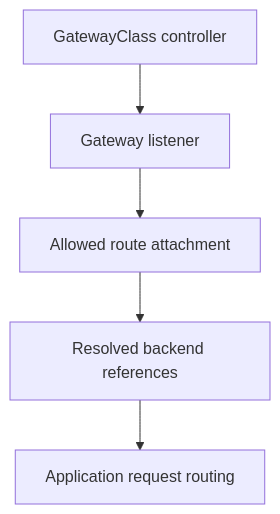
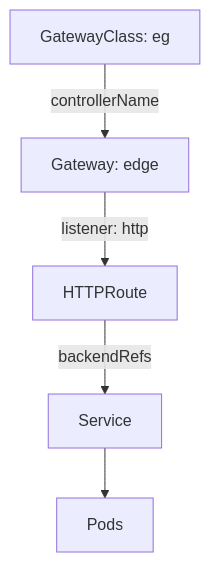
The diagram in sections/section-040/module-01/course-01-gateway-api-roles-listeners-and-attached-routes.md (astrona-io/ATS026), drawn with Mermaid before and after one commit. The commit also changed other lines of this file and 379 other files, not shown here.

````diff
--- a/sections/section-040/module-01/course-01-gateway-api-roles-listeners-and-attached-routes.md
+++ b/sections/section-040/module-01/course-01-gateway-api-roles-listeners-and-attached-routes.md
@@ -74,12 +73,7 @@
 ```mermaid
 flowchart TB
-    N0["GatewayClass controller"]
-    N1["Gateway listener"]
-    N2["Allowed route attachment"]
-    N3["Resolved backend references"]
-    N4["Application request routing"]
-    N0 --> N1
-    N1 --> N2
-    N2 --> N3
-    N3 --> N4
+    C["GatewayClass: eg"] -->|"controllerName"| G["Gateway: edge"]
+    G -->|"listener: http"| R["HTTPRoute"]
+    R -->|"backendRefs"| S["Service"]
+    S --> P["Pods"]
 ```
````
